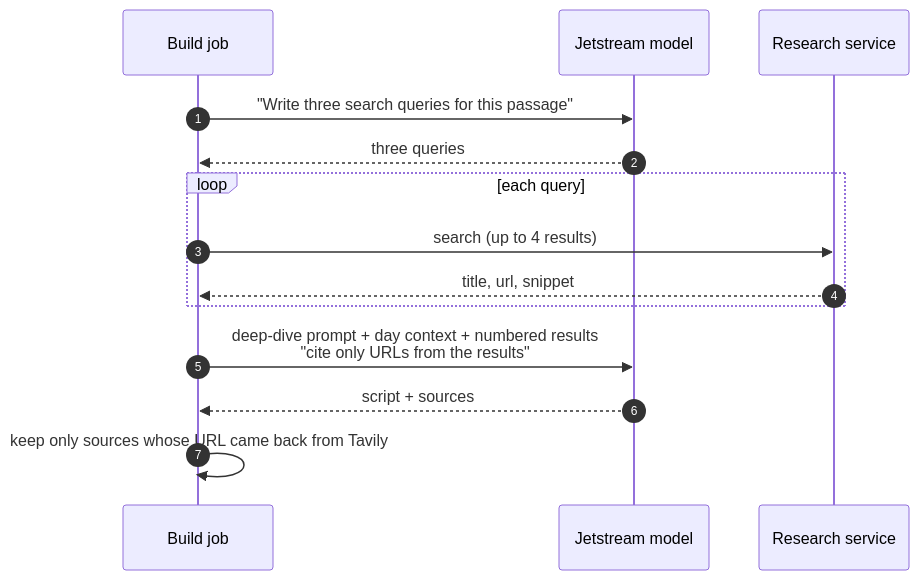
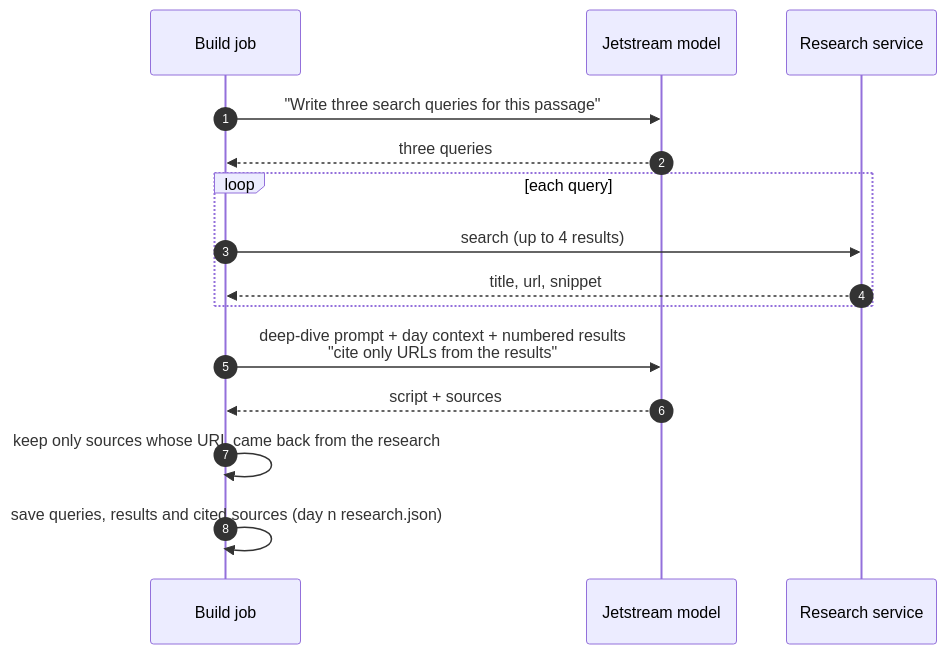
Diagram 17 of 26 in docs/ARCHITECTURE.md (bcollier/ignatius-hw4-api), drawn with Mermaid before and after one commit. The commit also changed other lines of this file and 14 other files, not shown here.

First line of the commit message:
Free research first for Claude too, retry only failed parts, ElevenLabs concurrency, docs

````diff
--- a/docs/ARCHITECTURE.md
+++ b/docs/ARCHITECTURE.md
@@ -630,16 +650,17 @@
 ```mermaid
 sequenceDiagram
     autonumber
     participant J as Build job
     participant M as Jetstream model
     participant T as Research service
     J->>M: "Write three search queries for this passage"
     M-->>J: three queries
     loop each query
         J->>T: search (up to 4 results)
         T-->>J: title, url, snippet
     end
     J->>M: deep-dive prompt + day context + numbered results<br/>"cite only URLs from the results"
     M-->>J: script + sources
-    J->>J: keep only sources whose URL came back from Tavily
+    J->>J: keep only sources whose URL came back from the research
+    J->>J: save queries, results and cited sources (day n research.json)
 ```
````
